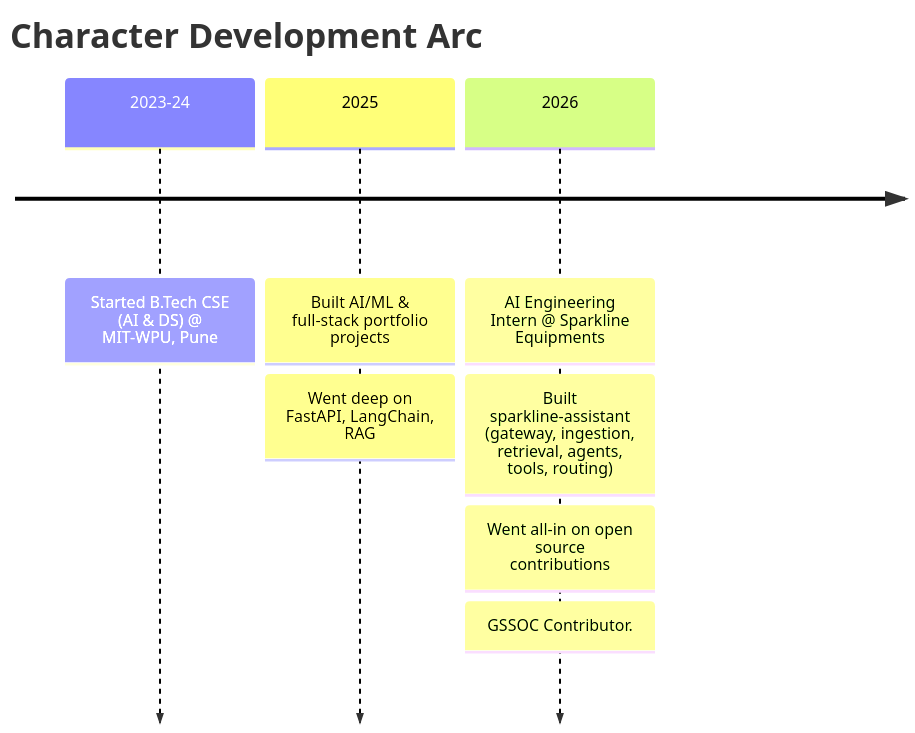
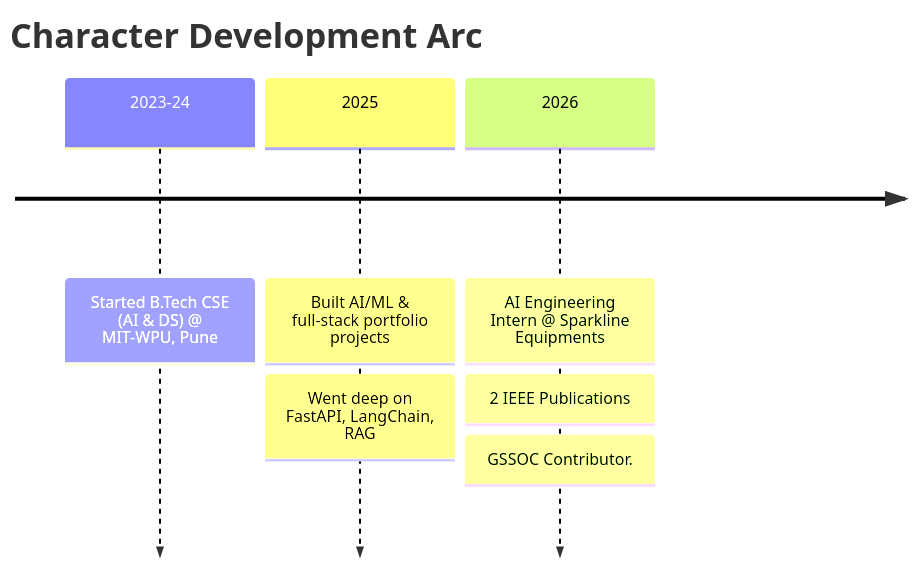
One commit to sidharth-vijayan/sidharth-vijayan changed the diagram in README.md. Above: the diagram before and after it, drawn with Mermaid. The commit also changed other lines of this file, not shown here.

````diff
--- a/README.md
+++ b/README.md
@@ -32,7 +32,7 @@
 ```mermaid
 timeline
     title Character Development Arc
     2023-24 : Started B.Tech CSE (AI & DS) @ MIT-WPU, Pune
     2025 : Built AI/ML & full-stack portfolio projects : Went deep on FastAPI, LangChain, RAG
-    2026 : AI Engineering Intern @ Sparkline Equipments : Built sparkline-assistant (gateway, ingestion, retrieval, agents, tools, routing) : Went all-in on open source contributions : GSSOC Contributor.
+    2026 : AI Engineering Intern @ Sparkline Equipments : 2 IEEE Publications : GSSOC Contributor.
 ```
````
